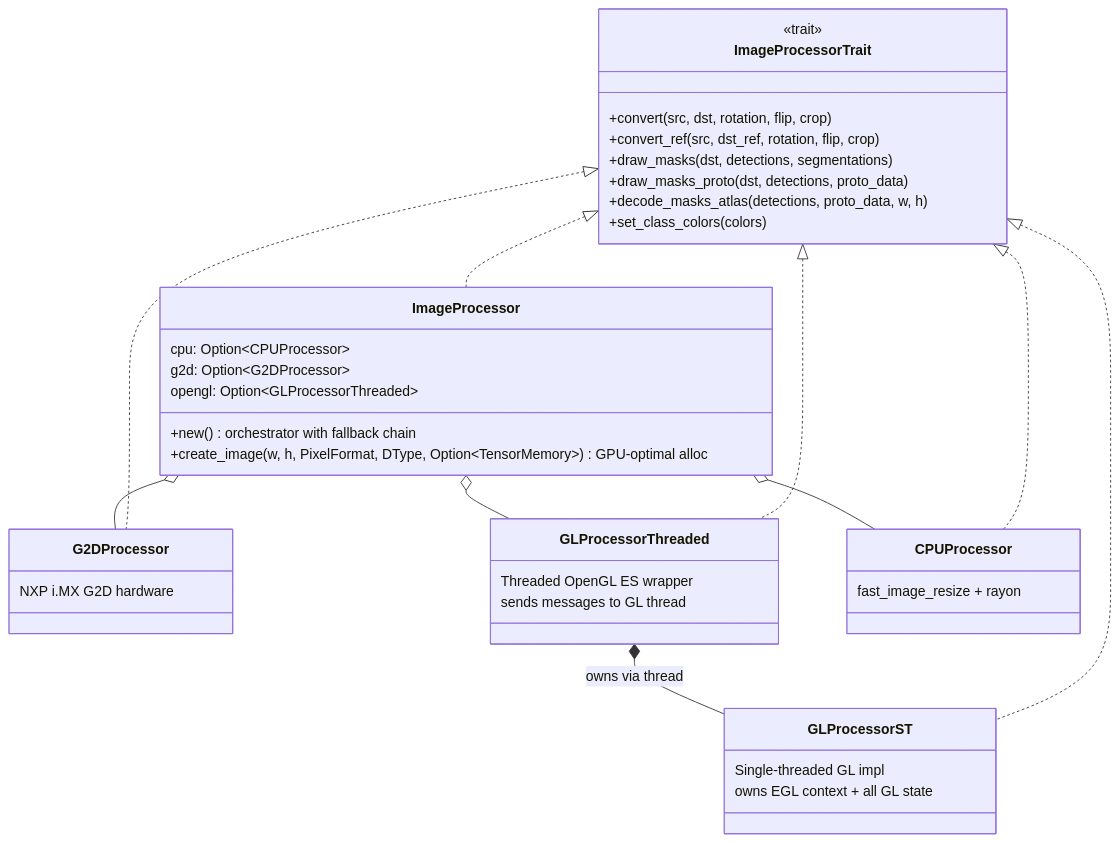
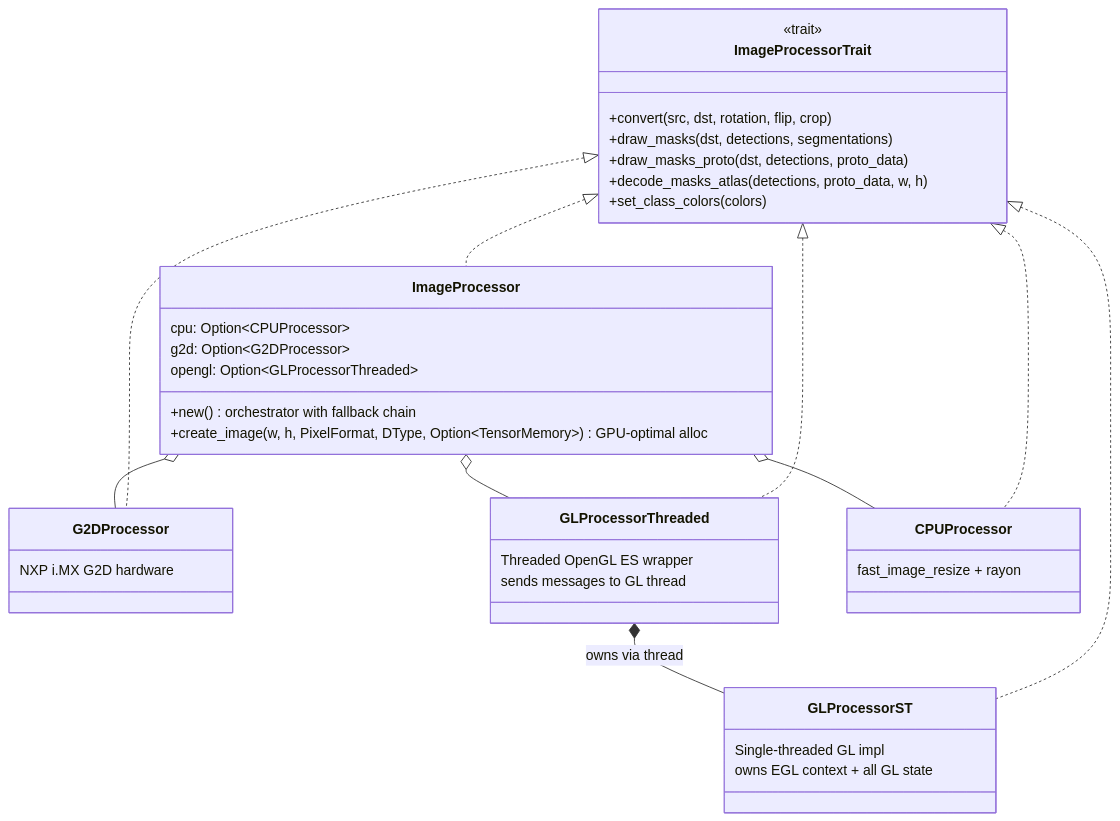
One commit to EdgeFirstAI/hal changed the fourth of 12 diagrams in ARCHITECTURE.md. Above: the diagram before and after it, drawn with Mermaid. The commit also changed 3 other files, not shown here.

First line of the commit message:
EDGEAI-1146: Remove hal_image_processor_convert_ref, add v0.10.1 changelog

````diff
--- a/ARCHITECTURE.md
+++ b/ARCHITECTURE.md
@@ -156,48 +156,47 @@
 ```mermaid
 classDiagram
     class ImageProcessorTrait {
         <<trait>>
         +convert(src, dst, rotation, flip, crop)
-        +convert_ref(src, dst_ref, rotation, flip, crop)
         +draw_masks(dst, detections, segmentations)
         +draw_masks_proto(dst, detections, proto_data)
         +decode_masks_atlas(detections, proto_data, w, h)
         +set_class_colors(colors)
     }
 
     class ImageProcessor {
         cpu: Option~CPUProcessor~
         g2d: Option~G2DProcessor~
         opengl: Option~GLProcessorThreaded~
         +new() orchestrator with fallback chain
         +create_image(w, h, PixelFormat, DType, Option~TensorMemory~) GPU-optimal alloc
     }
 
     class G2DProcessor {
         NXP i.MX G2D hardware
     }
 
     class GLProcessorThreaded {
         Threaded OpenGL ES wrapper
         sends messages to GL thread
     }
 
     class GLProcessorST {
         Single-threaded GL impl
         owns EGL context + all GL state
     }
 
     class CPUProcessor {
         fast_image_resize + rayon
     }
 
     ImageProcessorTrait <|.. ImageProcessor
     ImageProcessorTrait <|.. G2DProcessor
     ImageProcessorTrait <|.. GLProcessorThreaded
     ImageProcessorTrait <|.. GLProcessorST
     ImageProcessorTrait <|.. CPUProcessor
     ImageProcessor o-- G2DProcessor
     ImageProcessor o-- GLProcessorThreaded
     ImageProcessor o-- CPUProcessor
     GLProcessorThreaded *-- GLProcessorST : owns via thread
 ```
````
